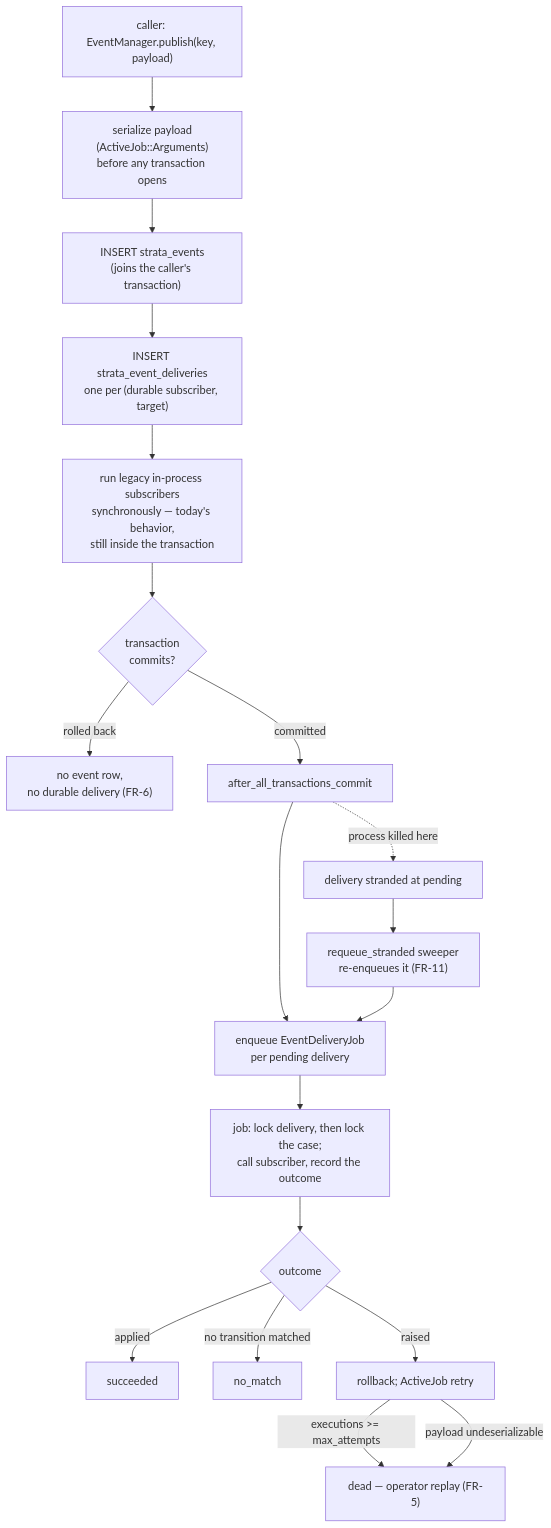
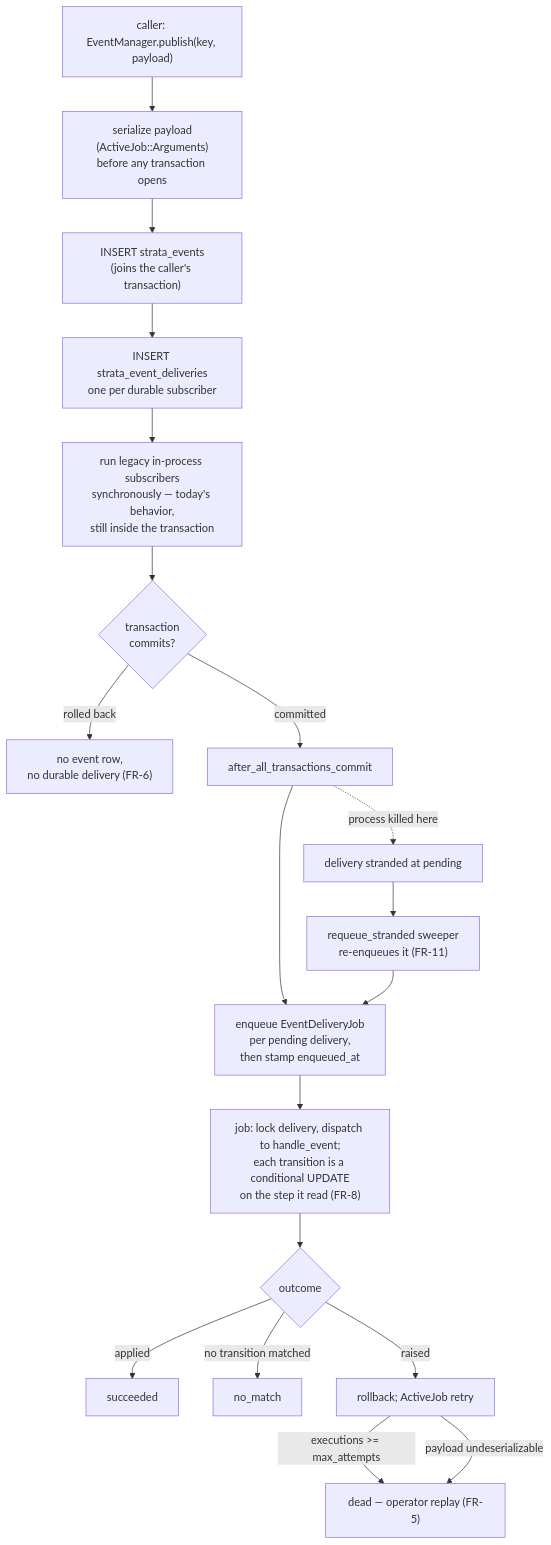
Before and after one commit to navapbc/strata-sdk-rails: the diagram in docs/specs/durable-events/spec.md, drawn with Mermaid. The commit also changed other lines of this file, not shown here.

````diff
--- a/docs/specs/durable-events/spec.md
+++ b/docs/specs/durable-events/spec.md
@@ -170,21 +171,21 @@
 ```mermaid
 flowchart TD
   A["caller: EventManager.publish(key, payload)"] --> B["serialize payload<br/>(ActiveJob::Arguments)<br/>before any transaction opens"]
   B --> C["INSERT strata_events<br/>(joins the caller's transaction)"]
-  C --> D["INSERT strata_event_deliveries<br/>one per (durable subscriber, target)"]
+  C --> D["INSERT strata_event_deliveries<br/>one per durable subscriber"]
   D --> I["run legacy in-process subscribers<br/>synchronously — today's behavior,<br/>still inside the transaction"]
   I --> E{"transaction<br/>commits?"}
   E -->|"rolled back"| F["no event row,<br/>no durable delivery (FR-6)"]
   E -->|"committed"| G["after_all_transactions_commit"]
-  G --> H["enqueue EventDeliveryJob<br/>per pending delivery"]
+  G --> H["enqueue EventDeliveryJob<br/>per pending delivery,<br/>then stamp enqueued_at"]
   G -.->|"process killed here"| R["delivery stranded at pending"]
   R --> S["requeue_stranded sweeper<br/>re-enqueues it (FR-11)"]
   S --> H
-  H --> J["job: lock delivery, then lock the case;<br/>call subscriber, record the outcome"]
+  H --> J["job: lock delivery, dispatch to handle_event;<br/>each transition is a conditional UPDATE<br/>on the step it read (FR-8)"]
   J --> K{"outcome"}
   K -->|"applied"| L["succeeded"]
   K -->|"no transition matched"| P["no_match"]
   K -->|"raised"| M["rollback; ActiveJob retry"]
   M -->|"executions >= max_attempts"| N["dead — operator replay (FR-5)"]
   M -->|"payload undeserializable"| N
 ```
````
